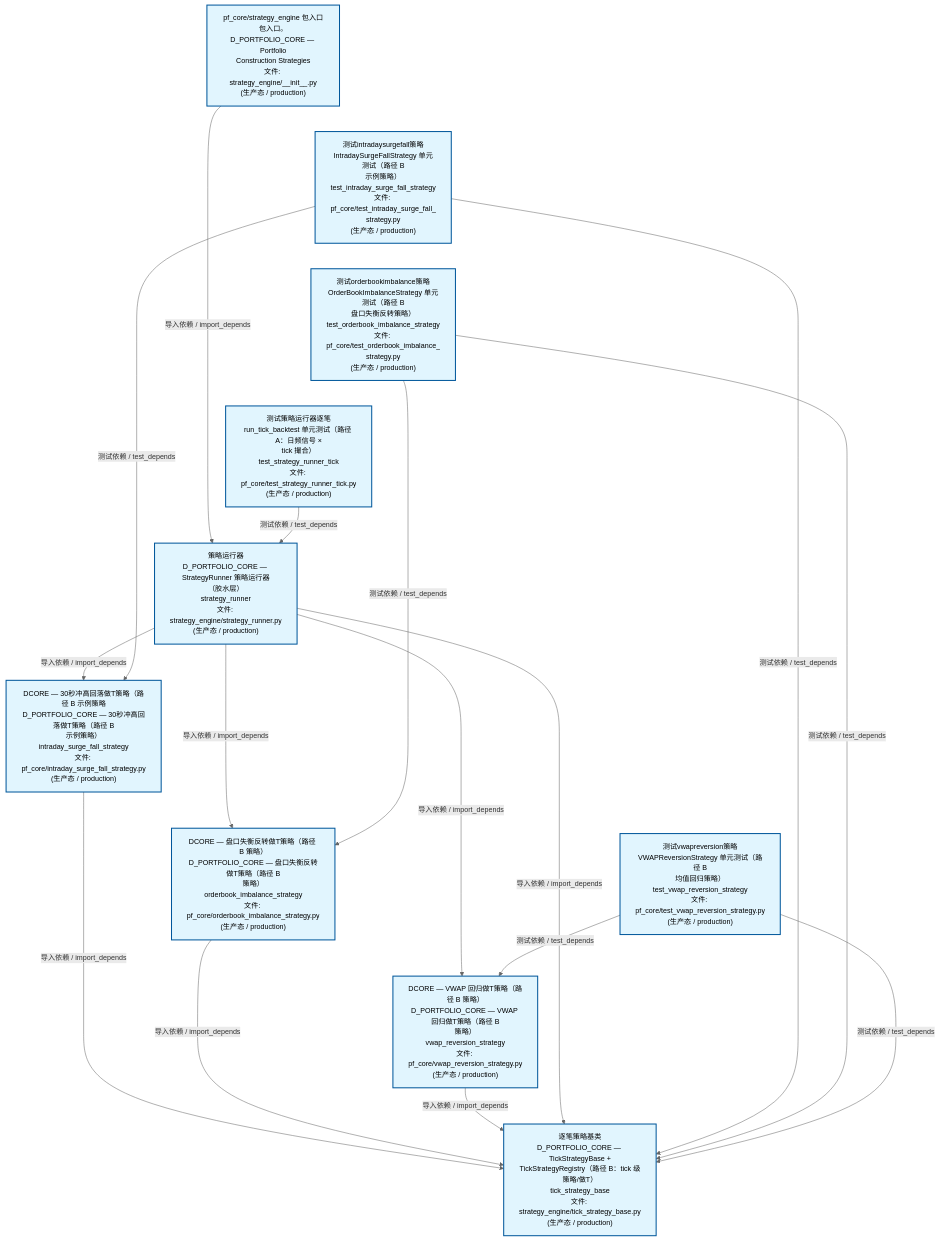
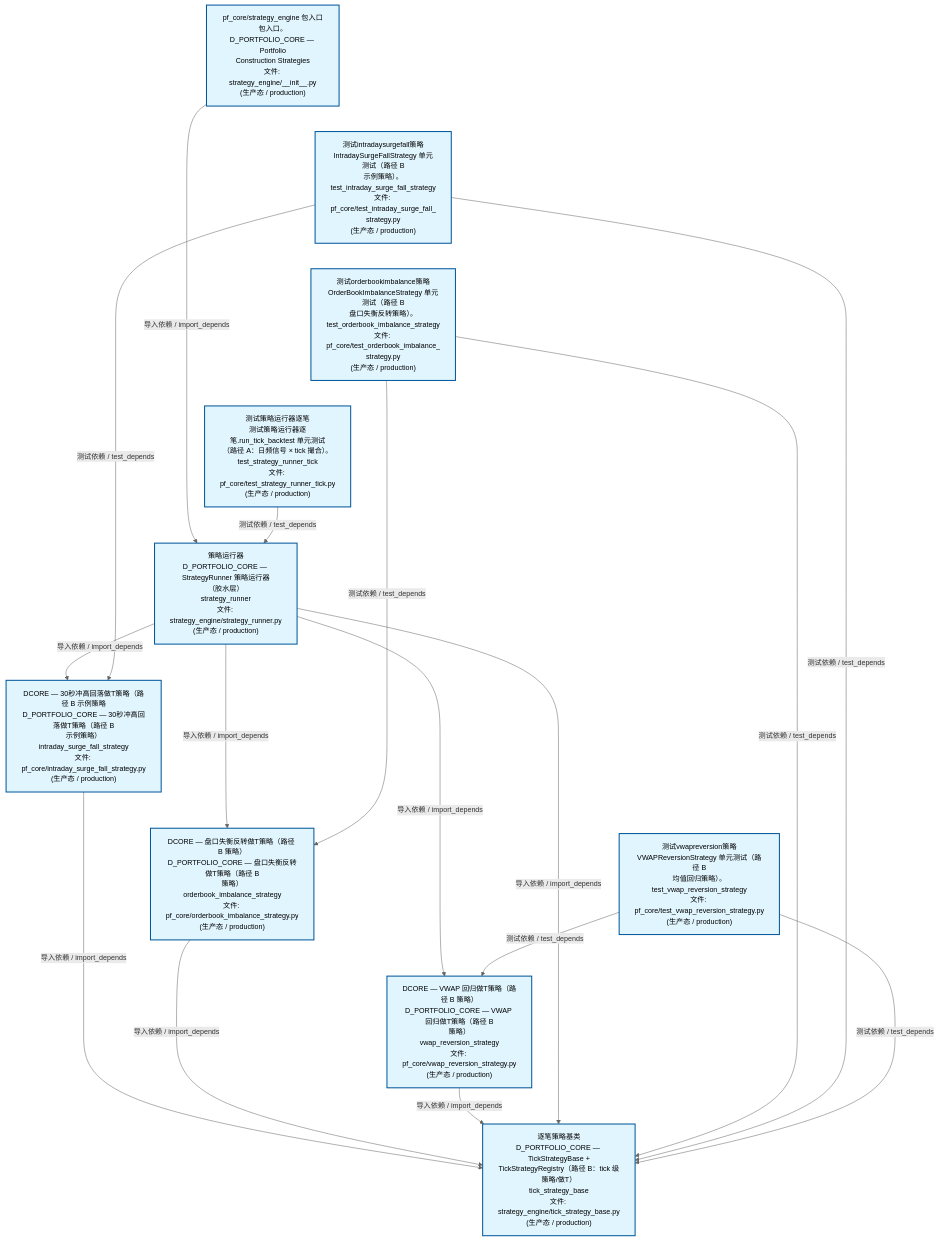
One commit to xuanFelixVan/ZephyrAlpha changed the second of 4 diagrams in docs/02_enterprise_architecture/02_domain_architecture_docs/63_d_pf_core.md. Above: the diagram before and after it, drawn with Mermaid. The commit also changed other lines of this file and 61 other files, not shown here.

````diff
--- a/docs/02_enterprise_architecture/02_domain_architecture_docs/63_d_pf_core.md
+++ b/docs/02_enterprise_architecture/02_domain_architecture_docs/63_d_pf_core.md
@@ -135,40 +135,40 @@
 ```mermaid
 %%{init: {'theme': 'base', 'themeVariables': {'primaryColor': '#eaeaea', 'primaryTextColor': '#333333', 'primaryBorderColor': '#666666', 'lineColor': '#666666', 'secondaryColor': '#eaeaea', 'tertiaryColor': '#eaeaea', 'fontSize': '14px'}}}%%
 flowchart TD
     src_zephyr_pf_core_strategy_engine_init_py["pf_core/strategy_engine 包入口<br/>包入口。D_PORTFOLIO_CORE — Portfolio<br/>Construction Strategies<br/>文件: strategy_engine/__init__.py<br/>(生产态 / production)"]
-    tests_pf_core_test_intraday_surge_fall_strategy_py["测试intradaysurgefall策略<br/>IntradaySurgeFallStrategy 单元测试（路径 B<br/>示例策略）<br/>test_intraday_surge_fall_strategy<br/>文件: pf_core/test_intraday_surge_fall_<br/>strategy.py<br/>(生产态 / production)"]
-    tests_pf_core_test_orderbook_imbalance_strategy_py["测试orderbookimbalance策略<br/>OrderBookImbalanceStrategy 单元测试（路径 B<br/>盘口失衡反转策略）<br/>test_orderbook_imbalance_strategy<br/>文件: pf_core/test_orderbook_imbalance_<br/>strategy.py<br/>(生产态 / production)"]
-    tests_pf_core_test_strategy_runner_tick_py["测试策略运行器逐笔<br/>run_tick_backtest 单元测试（路径 A：日频信号 ×<br/>tick 撮合）<br/>test_strategy_runner_tick<br/>文件: pf_core/test_strategy_runner_tick.py<br/>(生产态 / production)"]
-    tests_pf_core_test_vwap_reversion_strategy_py["测试vwapreversion策略<br/>VWAPReversionStrategy 单元测试（路径 B<br/>均值回归策略）<br/>test_vwap_reversion_strategy<br/>文件: pf_core/test_vwap_reversion_strategy.py<br/>(生产态 / production)"]
+    tests_pf_core_test_intraday_surge_fall_strategy_py["测试intradaysurgefall策略<br/>IntradaySurgeFallStrategy 单元测试（路径 B<br/>示例策略）。<br/>test_intraday_surge_fall_strategy<br/>文件: pf_core/test_intraday_surge_fall_<br/>strategy.py<br/>(生产态 / production)"]
+    tests_pf_core_test_orderbook_imbalance_strategy_py["测试orderbookimbalance策略<br/>OrderBookImbalanceStrategy 单元测试（路径 B<br/>盘口失衡反转策略）。<br/>test_orderbook_imbalance_strategy<br/>文件: pf_core/test_orderbook_imbalance_<br/>strategy.py<br/>(生产态 / production)"]
+    tests_pf_core_test_strategy_runner_tick_py["测试策略运行器逐笔<br/>测试策略运行器逐笔.run_tick_backtest 单元测试<br/>（路径 A：日频信号 × tick 撮合）。<br/>test_strategy_runner_tick<br/>文件: pf_core/test_strategy_runner_tick.py<br/>(生产态 / production)"]
+    tests_pf_core_test_vwap_reversion_strategy_py["测试vwapreversion策略<br/>VWAPReversionStrategy 单元测试（路径 B<br/>均值回归策略）。<br/>test_vwap_reversion_strategy<br/>文件: pf_core/test_vwap_reversion_strategy.py<br/>(生产态 / production)"]
     src_zephyr_pf_core_strategy_engine_init_py ~~~ tests_pf_core_test_intraday_surge_fall_strategy_py
     tests_pf_core_test_intraday_surge_fall_strategy_py ~~~ tests_pf_core_test_orderbook_imbalance_strategy_py
     tests_pf_core_test_orderbook_imbalance_strategy_py ~~~ tests_pf_core_test_strategy_runner_tick_py
     tests_pf_core_test_strategy_runner_tick_py ~~~ tests_pf_core_test_vwap_reversion_strategy_py
     src_zephyr_pf_core_strategy_engine_strategy_runner_py["策略运行器<br/>D_PORTFOLIO_CORE — StrategyRunner 策略运行器<br/>（胶水层）<br/>strategy_runner<br/>文件: strategy_engine/strategy_runner.py<br/>(生产态 / production)"]
     src_zephyr_pf_core_intraday_surge_fall_strategy_py["DCORE — 30秒冲高回落做T策略（路径 B 示例策略<br/>D_PORTFOLIO_CORE — 30秒冲高回落做T策略（路径 B<br/>示例策略）<br/>intraday_surge_fall_strategy<br/>文件: pf_core/intraday_surge_fall_strategy.py<br/>(生产态 / production)"]
     src_zephyr_pf_core_orderbook_imbalance_strategy_py["DCORE — 盘口失衡反转做T策略（路径 B 策略）<br/>D_PORTFOLIO_CORE — 盘口失衡反转做T策略（路径 B<br/>策略）<br/>orderbook_imbalance_strategy<br/>文件: pf_core/orderbook_imbalance_strategy.py<br/>(生产态 / production)"]
     src_zephyr_pf_core_vwap_reversion_strategy_py["DCORE — VWAP 回归做T策略（路径 B 策略）<br/>D_PORTFOLIO_CORE — VWAP 回归做T策略（路径 B<br/>策略）<br/>vwap_reversion_strategy<br/>文件: pf_core/vwap_reversion_strategy.py<br/>(生产态 / production)"]
     src_zephyr_pf_core_intraday_surge_fall_strategy_py ~~~ src_zephyr_pf_core_orderbook_imbalance_strategy_py
     src_zephyr_pf_core_orderbook_imbalance_strategy_py ~~~ src_zephyr_pf_core_vwap_reversion_strategy_py
     src_zephyr_pf_core_strategy_engine_tick_strategy_base_py["逐笔策略基类<br/>D_PORTFOLIO_CORE — TickStrategyBase +<br/>TickStrategyRegistry（路径 B：tick 级策略/做T）<br/>tick_strategy_base<br/>文件: strategy_engine/tick_strategy_base.py<br/>(生产态 / production)"]
     src_zephyr_pf_core_intraday_surge_fall_strategy_py -->|导入依赖 / import_depends| src_zephyr_pf_core_strategy_engine_tick_strategy_base_py
     src_zephyr_pf_core_orderbook_imbalance_strategy_py -->|导入依赖 / import_depends| src_zephyr_pf_core_strategy_engine_tick_strategy_base_py
     src_zephyr_pf_core_vwap_reversion_strategy_py -->|导入依赖 / import_depends| src_zephyr_pf_core_strategy_engine_tick_strategy_base_py
     src_zephyr_pf_core_strategy_engine_init_py -->|导入依赖 / import_depends| src_zephyr_pf_core_strategy_engine_strategy_runner_py
     src_zephyr_pf_core_strategy_engine_strategy_runner_py -->|导入依赖 / import_depends| src_zephyr_pf_core_intraday_surge_fall_strategy_py
     src_zephyr_pf_core_strategy_engine_strategy_runner_py -->|导入依赖 / import_depends| src_zephyr_pf_core_orderbook_imbalance_strategy_py
     src_zephyr_pf_core_strategy_engine_strategy_runner_py -->|导入依赖 / import_depends| src_zephyr_pf_core_vwap_reversion_strategy_py
     src_zephyr_pf_core_strategy_engine_strategy_runner_py -->|导入依赖 / import_depends| src_zephyr_pf_core_strategy_engine_tick_strategy_base_py
+    tests_pf_core_test_orderbook_imbalance_strategy_py -->|测试依赖 / test_depends| src_zephyr_pf_core_orderbook_imbalance_strategy_py
+    tests_pf_core_test_orderbook_imbalance_strategy_py -->|测试依赖 / test_depends| src_zephyr_pf_core_strategy_engine_tick_strategy_base_py
+    tests_pf_core_test_strategy_runner_tick_py -->|测试依赖 / test_depends| src_zephyr_pf_core_strategy_engine_strategy_runner_py
     tests_pf_core_test_intraday_surge_fall_strategy_py -->|测试依赖 / test_depends| src_zephyr_pf_core_intraday_surge_fall_strategy_py
     tests_pf_core_test_intraday_surge_fall_strategy_py -->|测试依赖 / test_depends| src_zephyr_pf_core_strategy_engine_tick_strategy_base_py
-    tests_pf_core_test_orderbook_imbalance_strategy_py -->|测试依赖 / test_depends| src_zephyr_pf_core_orderbook_imbalance_strategy_py
-    tests_pf_core_test_orderbook_imbalance_strategy_py -->|测试依赖 / test_depends| src_zephyr_pf_core_strategy_engine_tick_strategy_base_py
     tests_pf_core_test_vwap_reversion_strategy_py -->|测试依赖 / test_depends| src_zephyr_pf_core_vwap_reversion_strategy_py
     tests_pf_core_test_vwap_reversion_strategy_py -->|测试依赖 / test_depends| src_zephyr_pf_core_strategy_engine_tick_strategy_base_py
-    tests_pf_core_test_strategy_runner_tick_py -->|测试依赖 / test_depends| src_zephyr_pf_core_strategy_engine_strategy_runner_py
     classDef production fill:#e1f5fe,stroke:#01579b,stroke-width:2px,color:#000
     classDef design fill:#fff3e0,stroke:#e65100,stroke-width:2px,color:#000,stroke-dasharray: 5 5
     classDef external_prod fill:#e8f4fd,stroke:#0277bd,stroke-width:1px,color:#000
     classDef external_design fill:#fff8e7,stroke:#ef6c00,stroke-width:1px,color:#000,stroke-dasharray: 5 5
     class src_zephyr_pf_core_intraday_surge_fall_strategy_py,src_zephyr_pf_core_orderbook_imbalance_strategy_py,src_zephyr_pf_core_strategy_engine_init_py,src_zephyr_pf_core_strategy_engine_strategy_runner_py,src_zephyr_pf_core_strategy_engine_tick_strategy_base_py,src_zephyr_pf_core_vwap_reversion_strategy_py,tests_pf_core_test_intraday_surge_fall_strategy_py,tests_pf_core_test_orderbook_imbalance_strategy_py,tests_pf_core_test_strategy_runner_tick_py,tests_pf_core_test_vwap_reversion_strategy_py production
 ```
````
